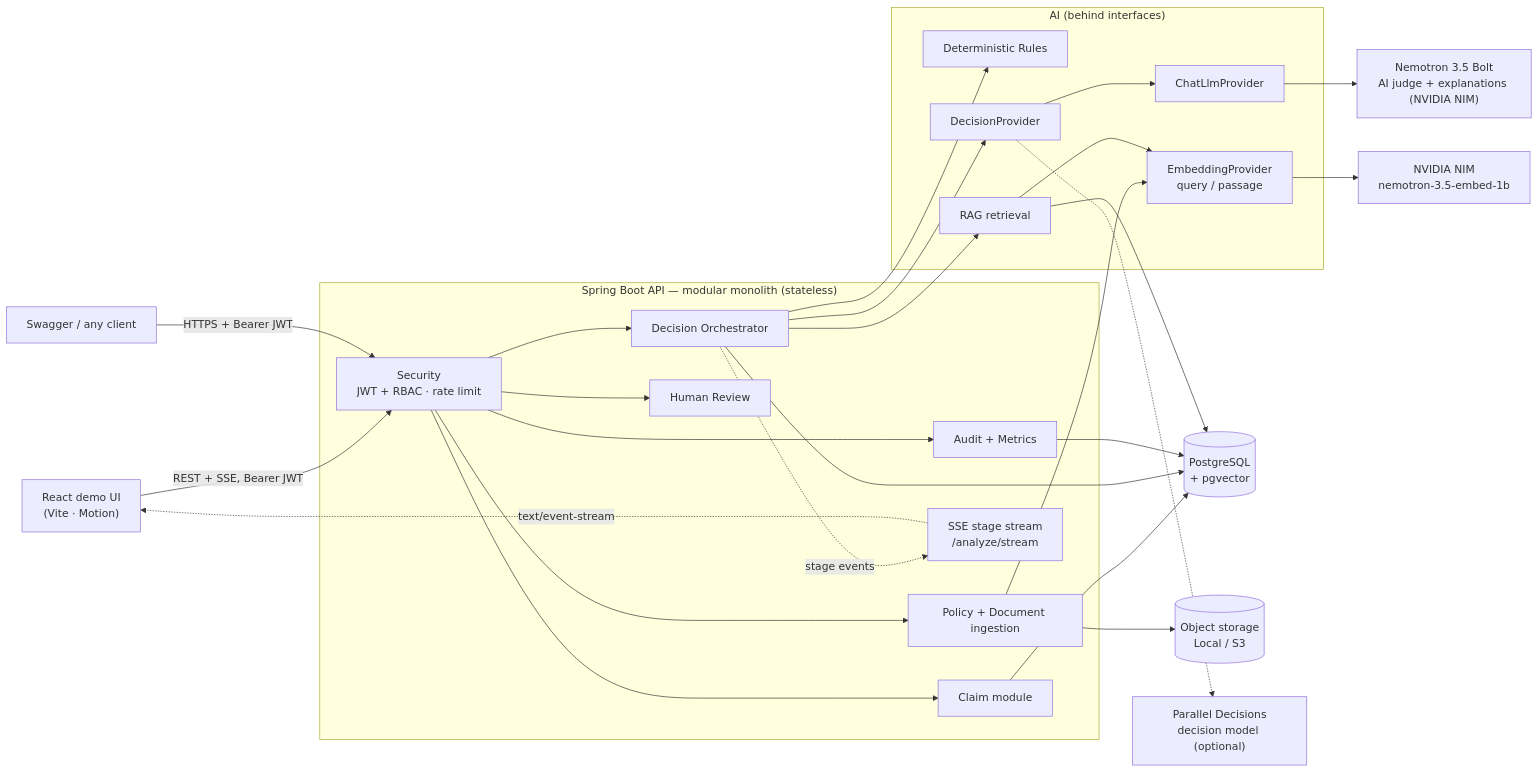
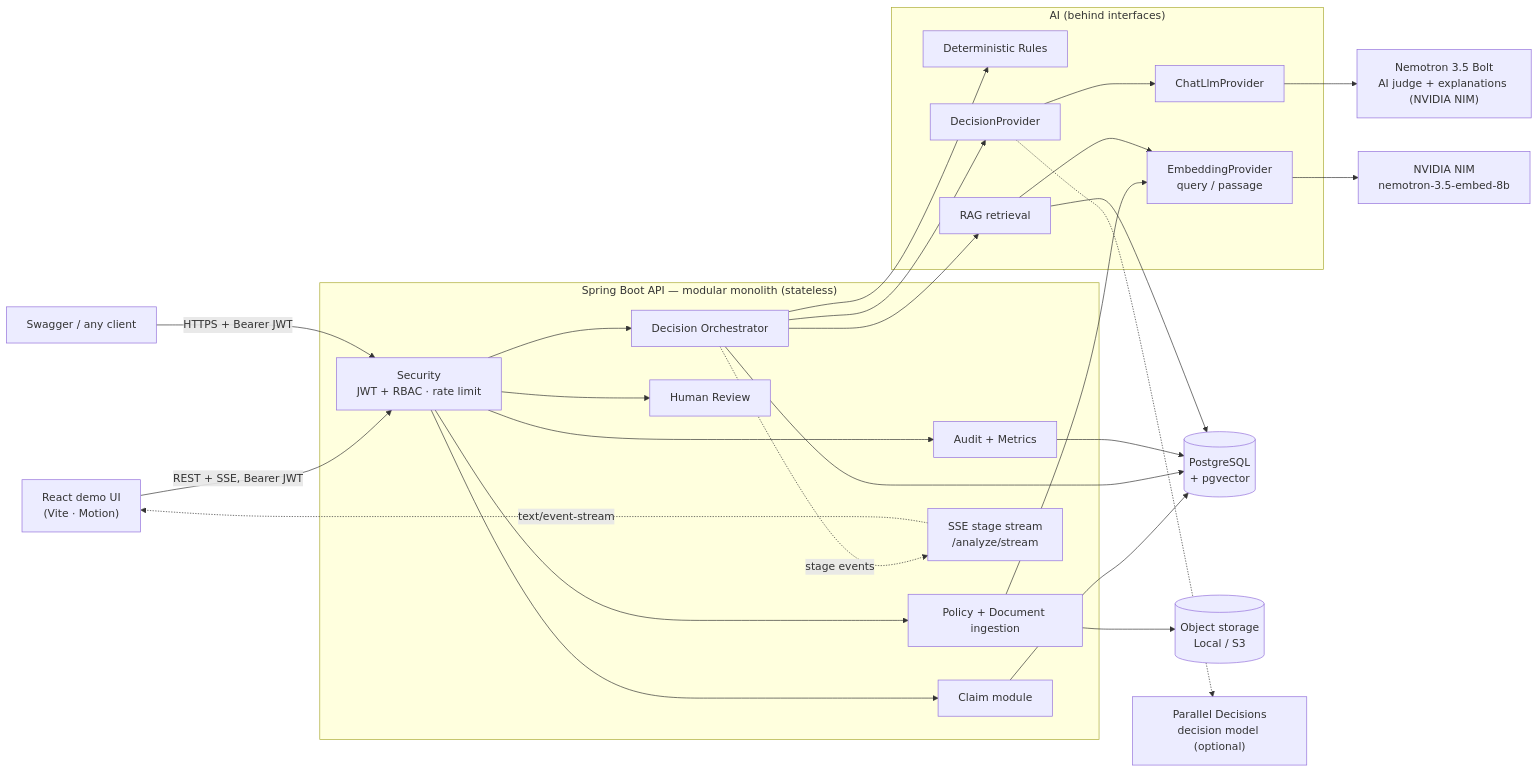
Before and after one commit to arshdeep3010/health-claim-decision-agent: the first of 14 diagrams in PROJECT.md, drawn with Mermaid. The commit also changed other lines of this file and 7 other files, not shown here.

First line of the commit message:
Switch embeddings to nemotron-3.5-embed-8b (the free 1b endpoint is overloaded)

````diff
--- a/PROJECT.md
+++ b/PROJECT.md
@@ -45,45 +45,45 @@
 ```mermaid
 flowchart LR
   ui["React demo UI<br/>(Vite · Motion)"]
   client["Swagger / any client"]
 
   subgraph app["Spring Boot API — modular monolith (stateless)"]
     sec["Security<br/>JWT + RBAC · rate limit"]
     claim["Claim module"]
     policy["Policy + Document ingestion"]
     orch["Decision Orchestrator"]
     sse["SSE stage stream<br/>/analyze/stream"]
     review["Human Review"]
     audit["Audit + Metrics"]
   end
 
   subgraph ai["AI (behind interfaces)"]
     rules["Deterministic Rules"]
     rag["RAG retrieval"]
     chat["ChatLlmProvider"]
     dprov["DecisionProvider"]
     emb["EmbeddingProvider<br/>query / passage"]
   end
 
   pg[("PostgreSQL<br/>+ pgvector")]
   store[("Object storage<br/>Local / S3")]
   llm["Nemotron 3.5 Bolt<br/>AI judge + explanations (NVIDIA NIM)"]
   dm["Parallel Decisions<br/>decision model (optional)"]
-  nim["NVIDIA NIM<br/>nemotron-3.5-embed-1b"]
+  nim["NVIDIA NIM<br/>nemotron-3.5-embed-8b"]
 
   ui -->|"REST + SSE, Bearer JWT"| sec
   client -->|HTTPS + Bearer JWT| sec
   sec --> claim & policy & orch & review & audit
   orch -.->|"stage events"| sse
   sse -.->|"text/event-stream"| ui
   policy --> store
   policy --> emb
   orch --> rules
   orch --> rag --> emb --> nim
   rag --> pg
   orch --> dprov --> chat --> llm
   dprov -.-> dm
   claim --> pg
   orch --> pg
   audit --> pg
 ```
````
